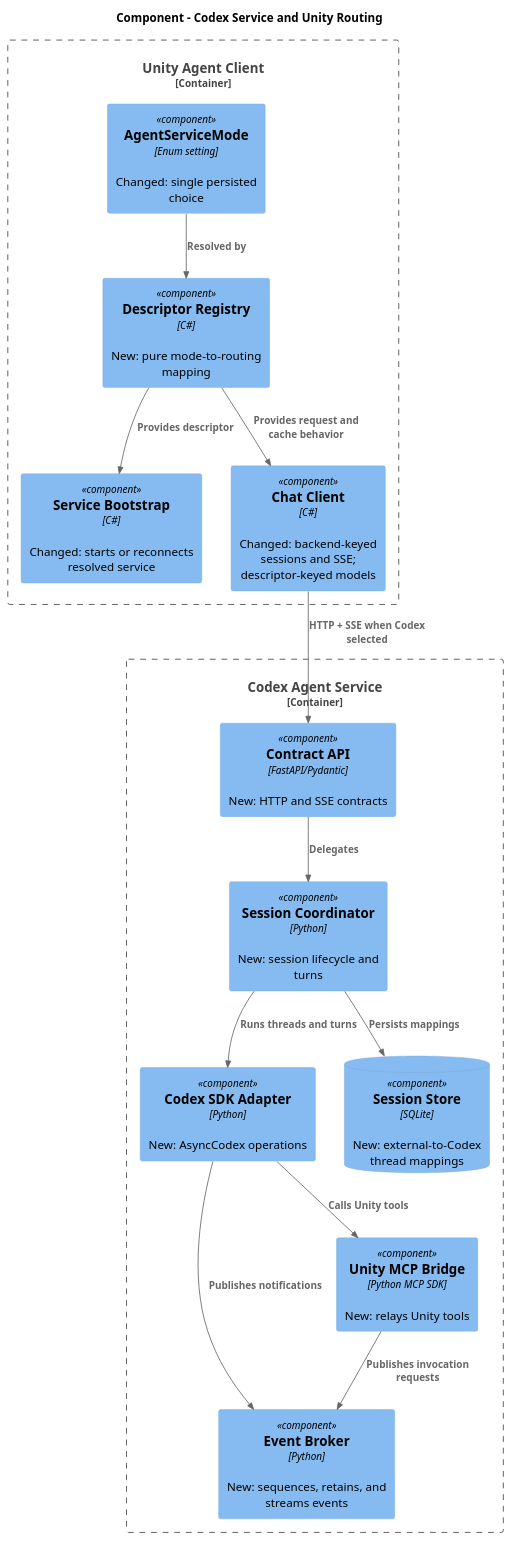
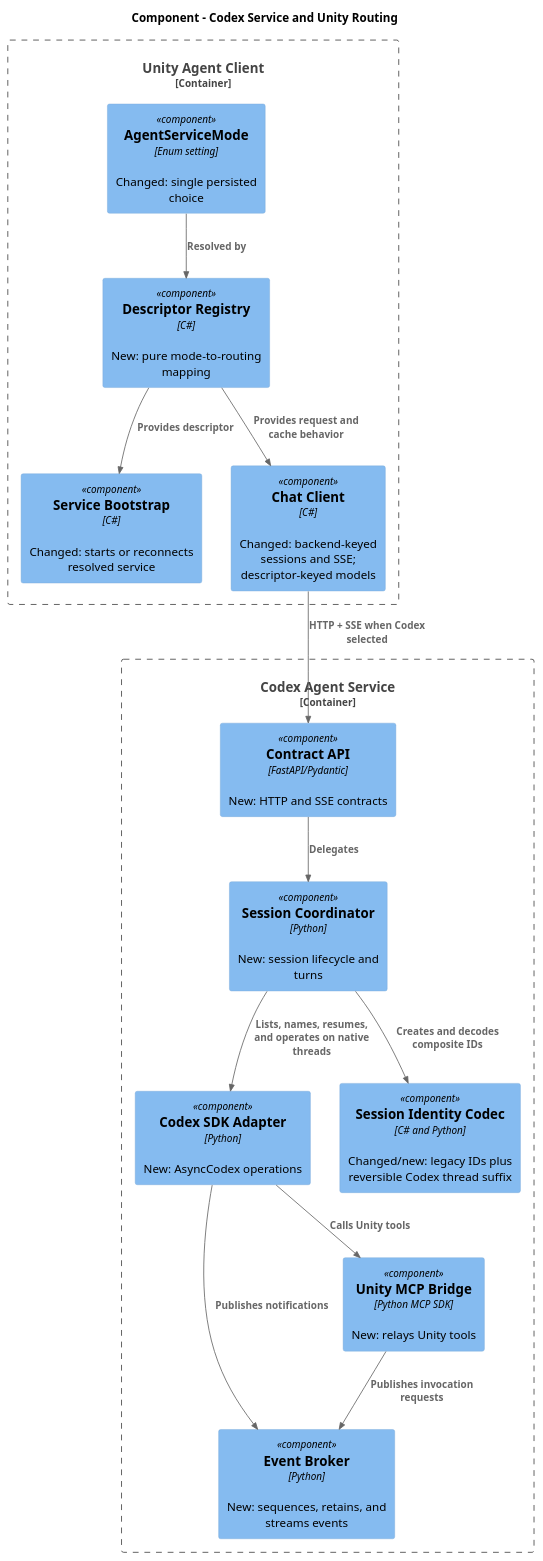
One commit to Signal-Loop/UnityCodeAgent changed the third of 6 diagrams in docs/kanban/add-codex-agent-service.md. Above: the diagram before and after it, drawn with PlantUML. The commit also changed other lines of this file, not shown here.

Commit message:
feat: Update add-codex-agent-service.md to reflect status change, enhance session identity handling, and improve documentation for Codex service integration

````diff
--- a/docs/kanban/add-codex-agent-service.md
+++ b/docs/kanban/add-codex-agent-service.md
@@ -195,30 +201,30 @@
 ```plantuml
 @startuml
 !include <C4/C4_Component>
 title Component - Codex Service and Unity Routing
 Container_Boundary(unityClient, "Unity Agent Client") {
   Component(mode, "AgentServiceMode", "Enum setting", "Changed: single persisted choice")
   Component(registry, "Descriptor Registry", "C#", "New: pure mode-to-routing mapping")
   Component(bootstrap, "Service Bootstrap", "C#", "Changed: starts or reconnects resolved service")
   Component(chat, "Chat Client", "C#", "Changed: backend-keyed sessions and SSE; descriptor-keyed models")
 }
 Container_Boundary(codexService, "Codex Agent Service") {
   Component(api, "Contract API", "FastAPI/Pydantic", "New: HTTP and SSE contracts")
   Component(coordinator, "Session Coordinator", "Python", "New: session lifecycle and turns")
   Component(adapter, "Codex SDK Adapter", "Python", "New: AsyncCodex operations")
+  Component(identity, "Session Identity Codec", "C# and Python", "Changed/new: legacy IDs plus reversible Codex thread suffix")
   Component(events, "Event Broker", "Python", "New: sequences, retains, and streams events")
   Component(tools, "Unity MCP Bridge", "Python MCP SDK", "New: relays Unity tools")
-  ComponentDb(store, "Session Store", "SQLite", "New: external-to-Codex thread mappings")
 }
 Rel(mode, registry, "Resolved by")
 Rel(registry, bootstrap, "Provides descriptor")
 Rel(registry, chat, "Provides request and cache behavior")
 Rel(chat, api, "HTTP + SSE when Codex selected")
 Rel(api, coordinator, "Delegates")
-Rel(coordinator, adapter, "Runs threads and turns")
-Rel(coordinator, store, "Persists mappings")
+Rel(coordinator, identity, "Creates and decodes composite IDs")
+Rel(coordinator, adapter, "Lists, names, resumes, and operates on native threads")
 Rel(adapter, events, "Publishes notifications")
 Rel(adapter, tools, "Calls Unity tools")
 Rel(tools, events, "Publishes invocation requests")
 @enduml
 ```
````
